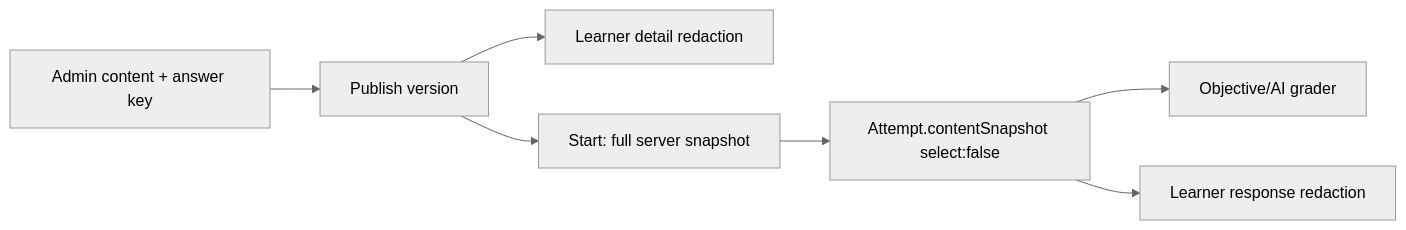
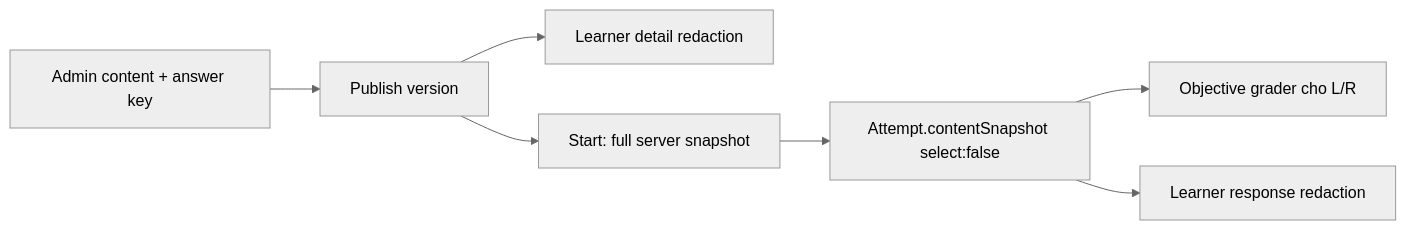
The second of 2 diagrams in docs/ielts-practice/data-model.md (nguyen-le-huy/unilish), drawn with Mermaid (neutral theme) before and after one commit. The commit also changed other lines of this file and 128 other files, not shown here.

````diff
--- a/docs/ielts-practice/data-model.md
+++ b/docs/ielts-practice/data-model.md
@@ -233,9 +222,9 @@
 ```mermaid
 flowchart LR
     A["Admin content + answer key"] --> B["Publish version"]
     B --> C["Learner detail redaction"]
     B --> D["Start: full server snapshot"]
     D --> E["Attempt.contentSnapshot select:false"]
-    E --> F["Objective/AI grader"]
+    E --> F["Objective grader cho L/R"]
     E --> G["Learner response redaction"]
 ```
````
